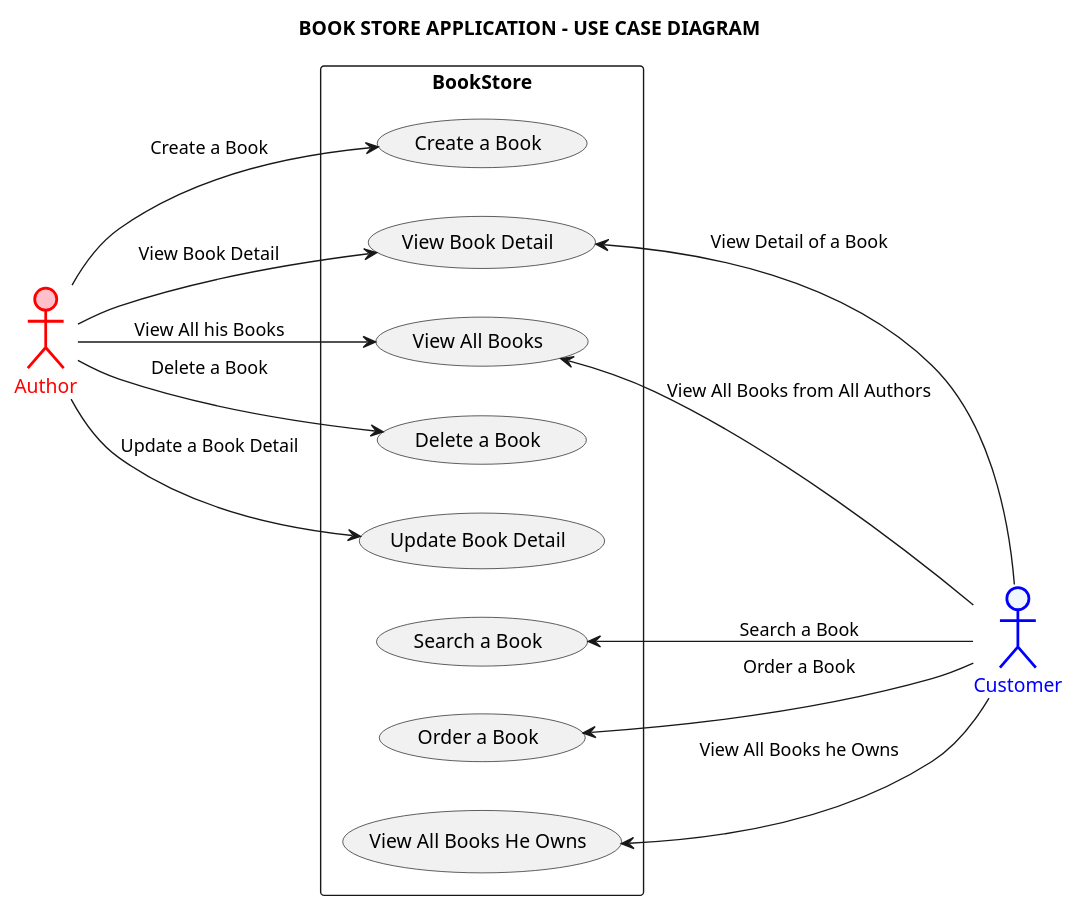
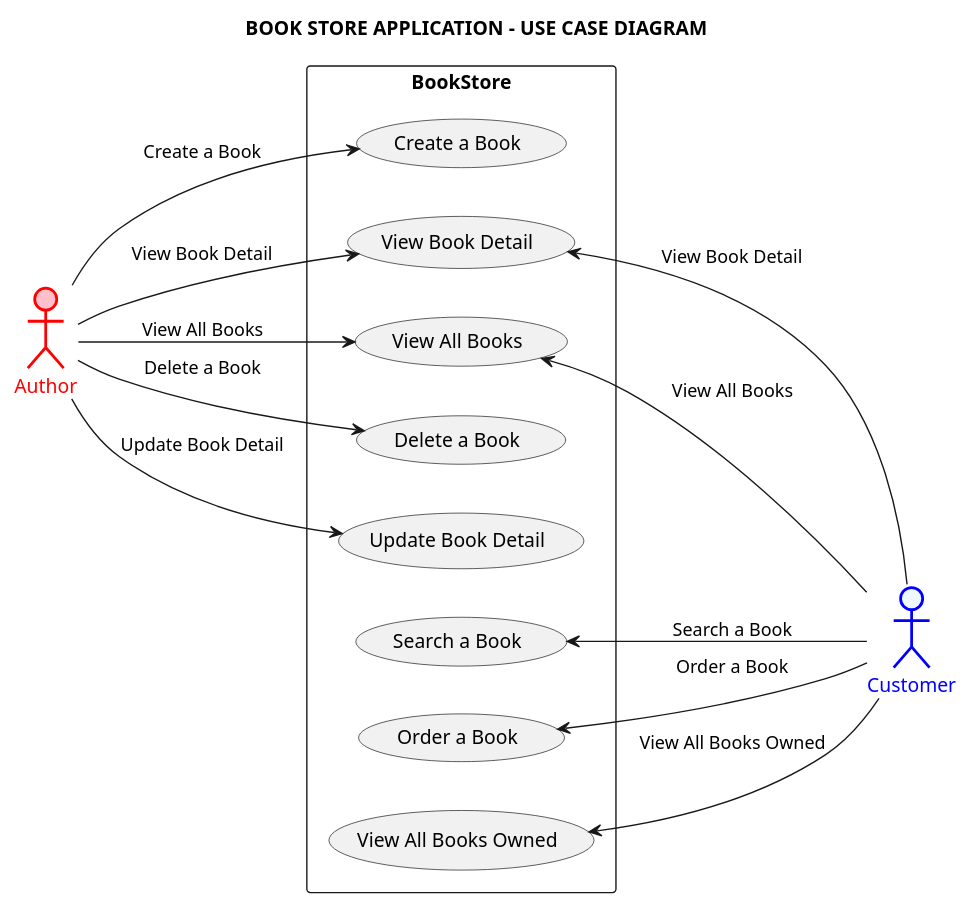
Before and after one commit to longnca/bookstore-java-app-project: the diagram in assets/UseCaseDiagram.puml, drawn with PlantUML. The commit also changed 8 other files, not shown here.

Commit message:
update diagram images

```diff
--- a/assets/UseCaseDiagram.puml
+++ b/assets/UseCaseDiagram.puml
@@ -1,32 +1,32 @@
 @startuml
 left to right direction
 title BOOK STORE APPLICATION - USE CASE DIAGRAM
 
 actor "Author" as Author #pink;line:red;line.bold;text:red
 actor "Customer" as Customer #aliceblue;line:blue;line.bold;text:blue
 
 rectangle BookStore {
   usecase "Create a Book" as UC1
   usecase "View Book Detail" as UC2
   usecase "View All Books" as UC3
   usecase "Delete a Book" as UC4
   usecase "Update Book Detail" as UC5
   usecase "Search a Book" as UC6
   usecase "Order a Book" as UC7
-  usecase "View All Books He Owns" as UC8
+  usecase "View All Books Owned" as UC8
 }
 
 Author --> UC1 : Create a Book
 Author --> UC4 : Delete a Book
-Author --> UC5 : Update a Book Detail
+Author --> UC5 : Update Book Detail
 Author --> UC2 : View Book Detail
-Author --> UC3 : View All his Books
+Author --> UC3 : View All Books
 
 
-UC2 <-- Customer : View Detail of a Book
-UC3 <-- Customer : View All Books from All Authors
+UC2 <-- Customer : View Book Detail
+UC3 <-- Customer : View All Books
 UC6 <-- Customer : Search a Book
 UC7 <-- Customer: Order a Book
-UC8 <-- Customer : View All Books he Owns
+UC8 <-- Customer : View All Books Owned
 
 @enduml
```
